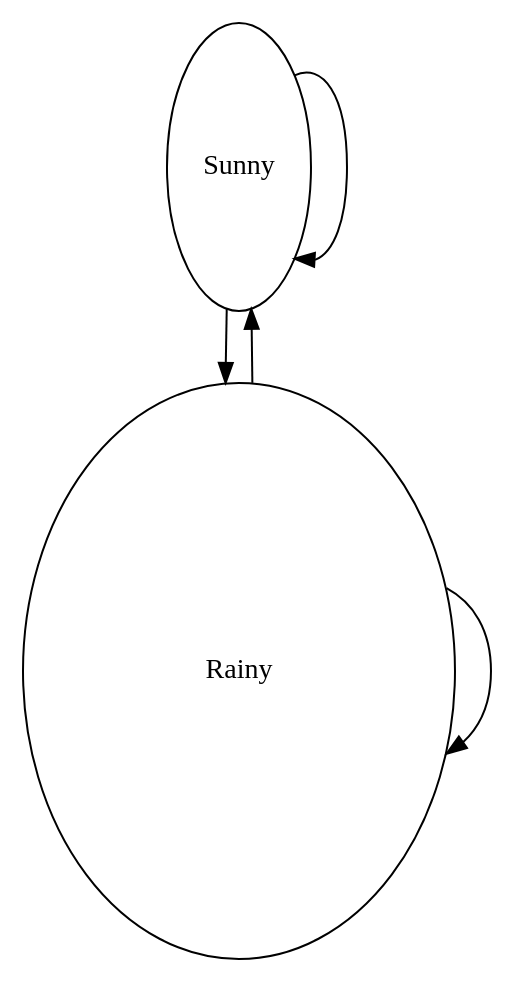
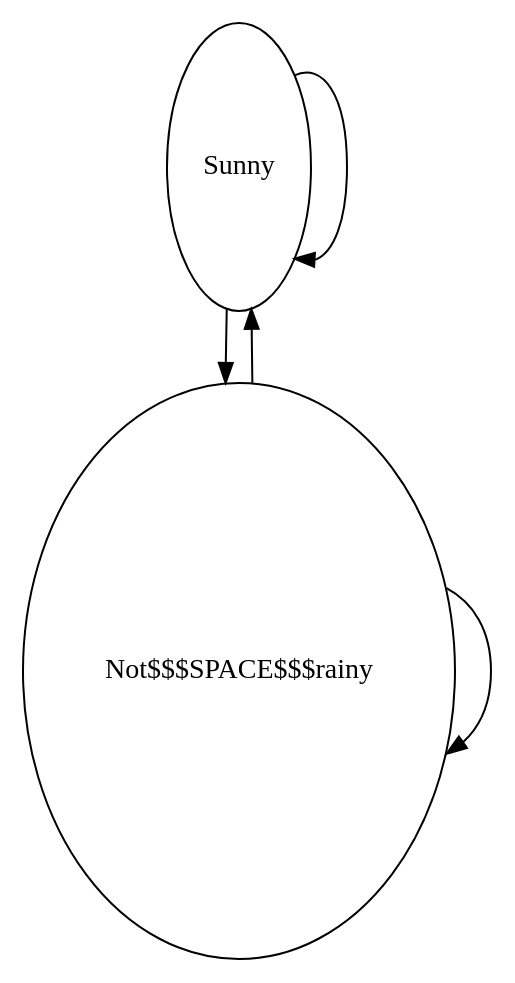
The diagram in BoostGraphTutorial/create_bundled_vertices_markov_chain.dot (richelbilderbeek/boost_graph_cookbook_1), drawn with Graphviz before and after one commit. The commit also changed 36 other files, not shown here.

Commit message:
Can save/load nasty graphs with bundled vertices

```diff
--- a/BoostGraphTutorial/create_bundled_vertices_markov_chain.dot
+++ b/BoostGraphTutorial/create_bundled_vertices_markov_chain.dot
@@ -1,8 +1,8 @@
 digraph G {
-0[label="Sunny", comment="Yellow thing", width=1, height=2];
-1[label="Rainy", comment="Grey things", width=3, height=4];
+0[label="Sunny",comment="Yellow",width=1,height=2];
+1[label="Not$$$SPACE$$$rainy",comment="Not$$$SPACE$$$grey",width=3,height=4];
 0->0 ;
 0->1 ;
 1->0 ;
 1->1 ;
 }
```
